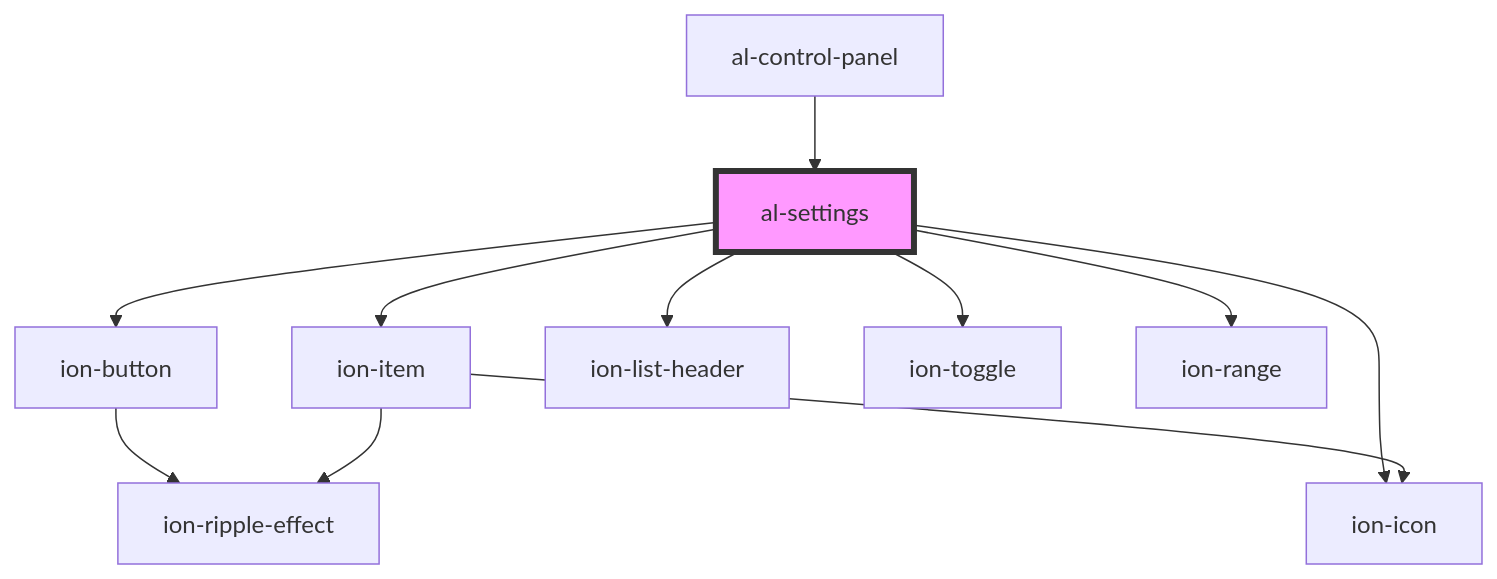
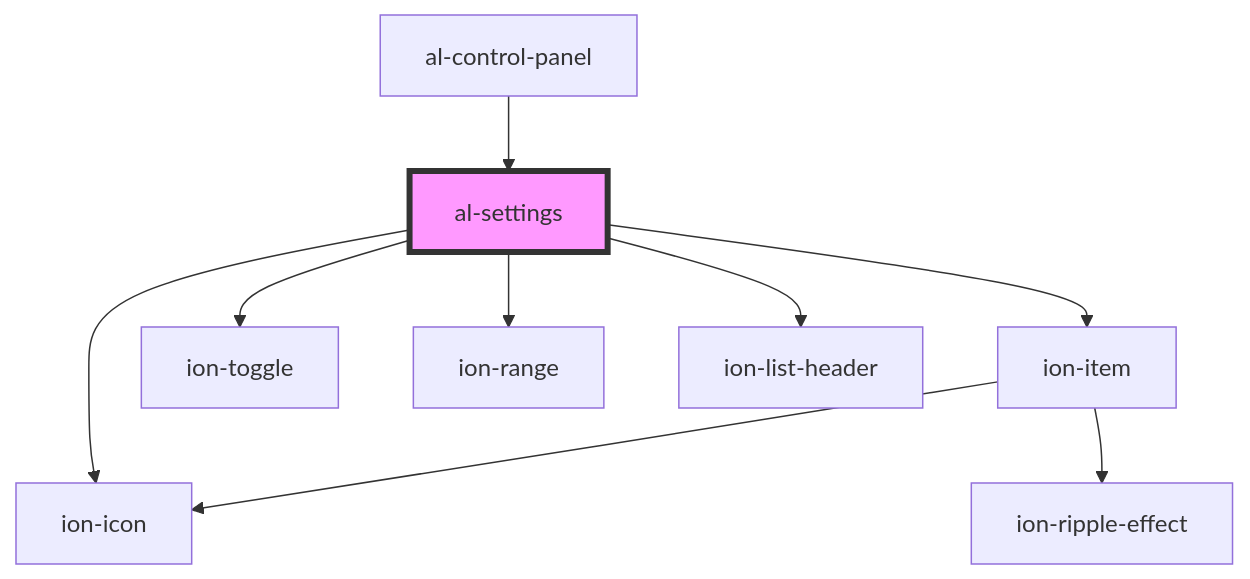
Before and after one commit to aleph-viewer/aleph: the diagram in src/components/al-settings/readme.md, drawn with Mermaid. The commit also changed other lines of this file and 28 other files, not shown here.

````diff
--- a/src/components/al-settings/readme.md
+++ b/src/components/al-settings/readme.md
@@ -81,14 +70,12 @@
 ```mermaid
 graph TD;
-  al-settings --> ion-button
+  al-settings --> ion-item
   al-settings --> ion-icon
-  al-settings --> ion-item
-  al-settings --> ion-list-header
   al-settings --> ion-toggle
   al-settings --> ion-range
-  ion-button --> ion-ripple-effect
+  al-settings --> ion-list-header
   ion-item --> ion-icon
   ion-item --> ion-ripple-effect
   al-control-panel --> al-settings
   style al-settings fill:#f9f,stroke:#333,stroke-width:4px
 ```
````
